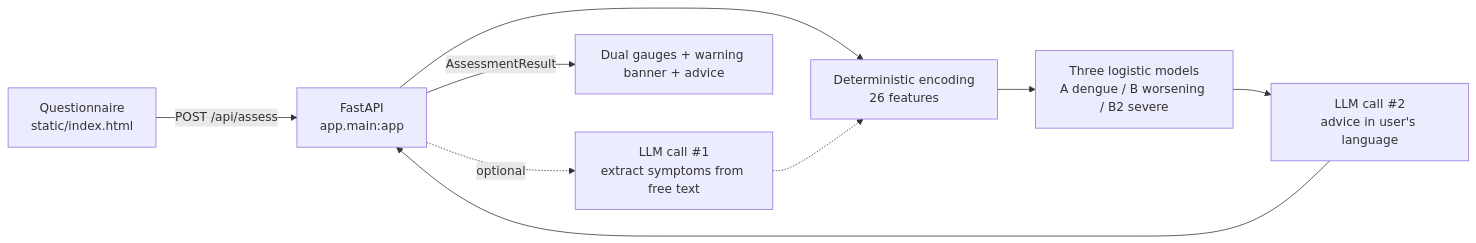
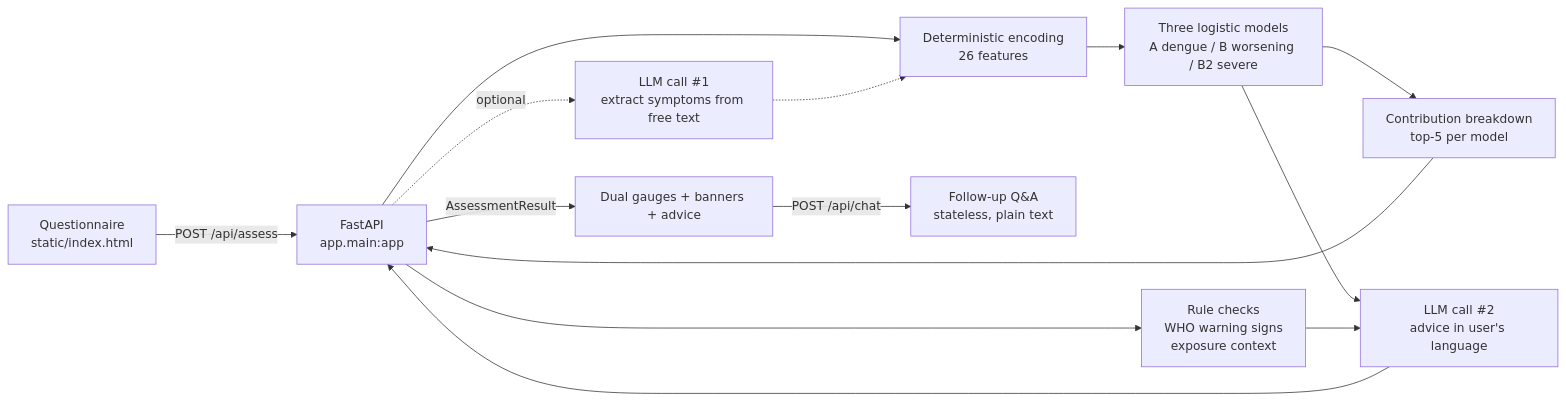
Before and after one commit to worldofjiayi/dengue-risk-prediction: the diagram in service/README.md, drawn with Mermaid. The commit also changed other lines of this file and 13 other files, not shown here.

First line of the commit message:
Design-review round: exposure context, score explanations, chat, privacy

````diff
--- a/service/README.md
+++ b/service/README.md
@@ -15,11 +15,16 @@
 ```mermaid
 flowchart LR
     A[Questionnaire<br>static/index.html] -->|POST /api/assess| B[FastAPI<br>app.main:app]
     B --> C[Deterministic encoding<br>26 features]
     B -.optional.-> D[LLM call #1<br>extract symptoms from free text]
     D -.-> C
+    B --> R[Rule checks<br>WHO warning signs<br>exposure context]
     C --> E[Three logistic models<br>A dengue / B worsening / B2 severe]
+    E --> X[Contribution breakdown<br>top-5 per model]
     E --> F[LLM call #2<br>advice in user's language]
+    R --> F
     F --> B
-    B -->|AssessmentResult| G[Dual gauges + warning banner + advice]
+    X --> B
+    B -->|AssessmentResult| G[Dual gauges + banners + advice]
+    G -->|POST /api/chat| H[Follow-up Q&A<br>stateless, plain text]
 ```
````
